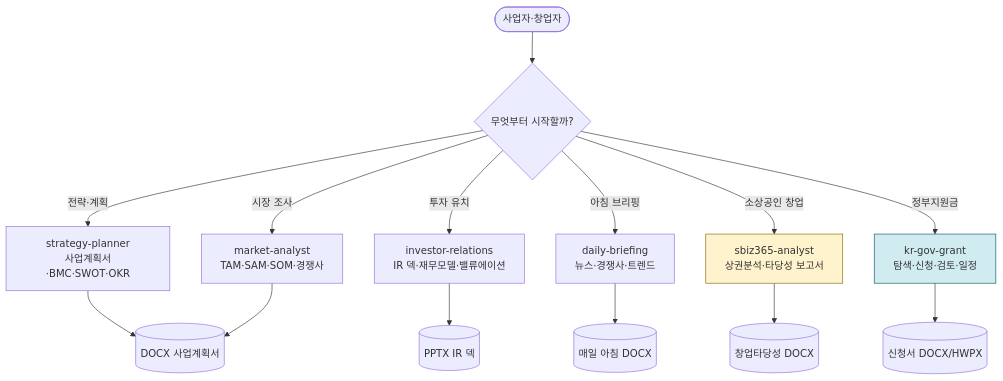
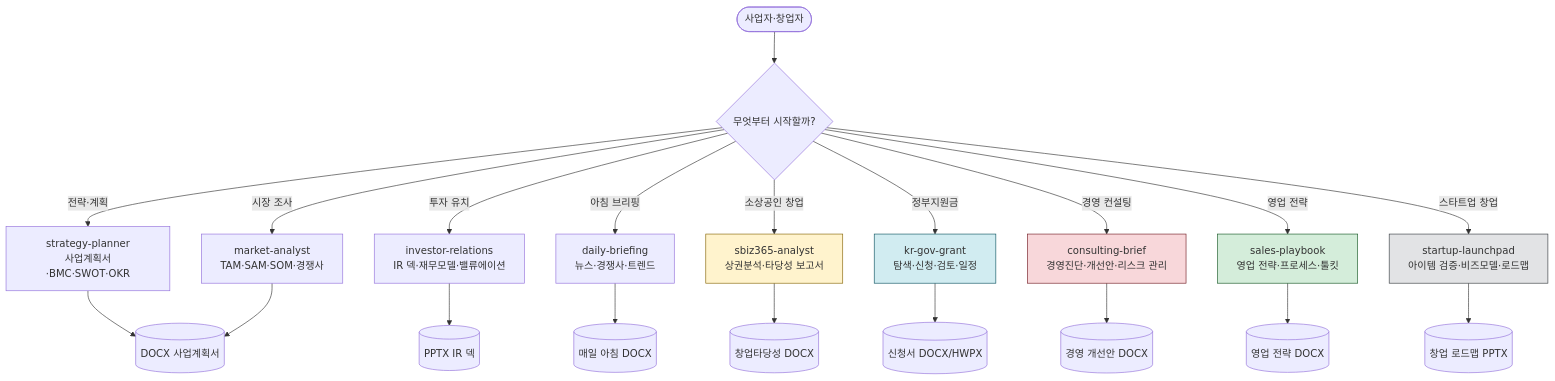
Before and after one commit to modu-ai/claude: the first of 6 diagrams in content/plugins/moai-business.md, drawn with Mermaid. The commit also changed other lines of this file and 48 other files, not shown here.

````diff
--- a/content/plugins/moai-business.md
+++ b/content/plugins/moai-business.md
@@ -21,21 +21,30 @@
 ```mermaid
 flowchart TD
   User([사업자·창업자]) --> Q{무엇부터 시작할까?}
 
   Q -->|전략·계획| S1[strategy-planner<br/>사업계획서·BMC·SWOT·OKR]
   Q -->|시장 조사| S2[market-analyst<br/>TAM·SAM·SOM·경쟁사]
   Q -->|투자 유치| S3[investor-relations<br/>IR 덱·재무모델·밸류에이션]
   Q -->|아침 브리핑| S4[daily-briefing<br/>뉴스·경쟁사·트렌드]
   Q -->|소상공인 창업| S5[sbiz365-analyst<br/>상권분석·타당성 보고서]
   Q -->|정부지원금| S6[kr-gov-grant<br/>탐색·신청·검토·일정]
+  Q -->|경영 컨설팅| S7[consulting-brief<br/>경영진단·개선안·리스크 관리]
+  Q -->|영업 전략| S8[sales-playbook<br/>영업 전략·프로세스·툴킷]
+  Q -->|스타트업 창업| S9[startup-launchpad<br/>아이템 검증·비즈모델·로드맵]
 
   S1 --> O1[(DOCX 사업계획서)]
   S2 --> O1
   S3 --> O2[(PPTX IR 덱)]
   S4 --> O3[(매일 아침 DOCX)]
   S5 --> O4[(창업타당성 DOCX)]
   S6 --> O5[(신청서 DOCX/HWPX)]
+  S7 --> O6[(경영 개선안 DOCX)]
+  S8 --> O7[(영업 전략 DOCX)]
+  S9 --> O8[(창업 로드맵 PPTX)]
 
   style S5 fill:#fff3cd,stroke:#856404
   style S6 fill:#d1ecf1,stroke:#0c5460
+  style S7 fill:#f8d7da,stroke:#721c24
+  style S8 fill:#d4edda,stroke:#155724
+  style S9 fill:#e2e3e5,stroke:#383d41
 ```
````
